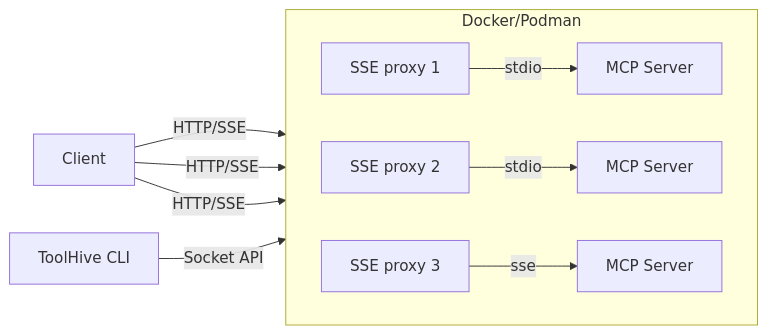
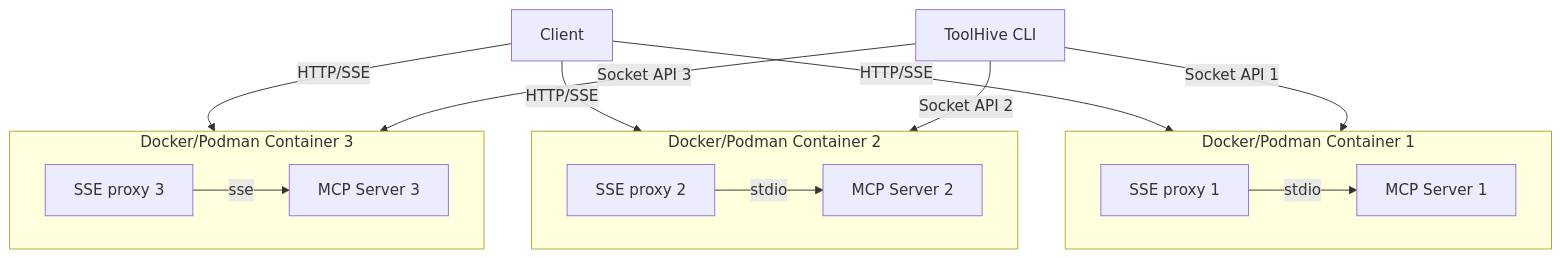
The diagram in README.md (stacklok/toolhive), drawn with Mermaid before and after one commit.

Commit message:
Update the arch diagram in the README

````diff
--- a/README.md
+++ b/README.md
@@ -178,21 +178,34 @@
 ```mermaid
-flowchart LR
-  subgraph container[Docker/Podman]
+flowchart TD
+  subgraph container1[Docker/Podman Container 1]
     direction LR
     proxy1[SSE proxy 1]
+    mcp1[MCP Server 1]
+    proxy1 -->|stdio| mcp1
+  end
+  
+  subgraph container2[Docker/Podman Container 2]
+    direction LR
     proxy2[SSE proxy 2]
+    mcp2[MCP Server 2]
+    proxy2 -->|stdio| mcp2
+  end
+  
+  subgraph container3[Docker/Podman Container 3]
+    direction LR
     proxy3[SSE proxy 3]
-    mcp1[MCP Server]
-    mcp2[MCP Server]
-    mcp3[MCP Server]
-
-    proxy1 -->|stdio| mcp1
-    proxy2 -->|stdio| mcp2
+    mcp3[MCP Server 3]
     proxy3 -->|sse| mcp3
   end
 
-  T[ToolHive CLI] -->|Socket API| container
-  C[Client] -->|HTTP/SSE| proxy1
-  C[Client] -->|HTTP/SSE| proxy2
-  C[Client] -->|HTTP/SSE| proxy3
+  C[Client]
+  T[ToolHive CLI]
+  
+  C -->|HTTP/SSE| proxy1
+  C -->|HTTP/SSE| proxy2
+  C -->|HTTP/SSE| proxy3
+  
+  T -->|Socket API 1| container1
+  T -->|Socket API 2| container2
+  T -->|Socket API 3| container3
 ```
````
